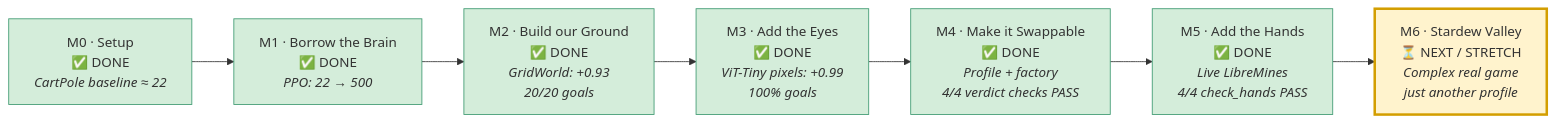
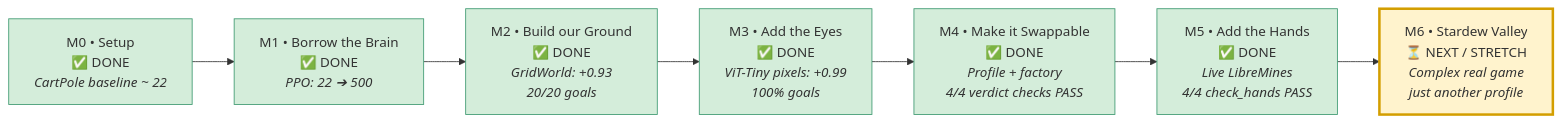
One commit to Showerss/GameTrainer changed the tenth of 10 diagrams in docs/UML_FULL.md. Above: the diagram before and after it, drawn with Mermaid. The commit also changed other lines of this file and 5 other files, not shown here.

````diff
--- a/docs/UML_FULL.md
+++ b/docs/UML_FULL.md
@@ -433,20 +645,20 @@
 ```mermaid
 flowchart LR
-    M0["M0 · Setup<br/>✅ DONE<br/><i>CartPole baseline ≈ 22</i>"]
-    M1["M1 · Borrow the Brain<br/>✅ DONE<br/><i>PPO: 22 → 500</i>"]
-    M2["M2 · Build our Ground<br/>✅ DONE<br/><i>GridWorld: +0.93<br/>20/20 goals</i>"]
-    M3["M3 · Add the Eyes<br/>✅ DONE<br/><i>ViT-Tiny pixels: +0.99<br/>100% goals</i>"]
-    M4["M4 · Make it Swappable<br/>✅ DONE<br/><i>Profile + factory<br/>4/4 verdict checks PASS</i>"]
-    M5["M5 · Add the Hands<br/>✅ DONE<br/><i>Live LibreMines<br/>4/4 check_hands PASS</i>"]
-    M6["M6 · Stardew Valley<br/>⏳ NEXT / STRETCH<br/><i>Complex real game<br/>just another profile</i>"]
+    M0["M0 • Setup<br/>✅ DONE<br/><i>CartPole baseline ~ 22</i>"]
+    M1["M1 • Borrow the Brain<br/>✅ DONE<br/><i>PPO: 22 ➔ 500</i>"]
+    M2["M2 • Build our Ground<br/>✅ DONE<br/><i>GridWorld: +0.93<br/>20/20 goals</i>"]
+    M3["M3 • Add the Eyes<br/>✅ DONE<br/><i>ViT-Tiny pixels: +0.99<br/>100% goals</i>"]
+    M4["M4 • Make it Swappable<br/>✅ DONE<br/><i>Profile + factory<br/>4/4 verdict checks PASS</i>"]
+    M5["M5 • Add the Hands<br/>✅ DONE<br/><i>Live LibreMines<br/>4/4 check_hands PASS</i>"]
+    M6["M6 • Stardew Valley<br/>⏳ NEXT / STRETCH<br/><i>Complex real game<br/>just another profile</i>"]
 
     M0 --> M1 --> M2 --> M3 --> M4 --> M5 --> M6
 
     style M0 fill:#d4edda,stroke:#3d9970
     style M1 fill:#d4edda,stroke:#3d9970
     style M2 fill:#d4edda,stroke:#3d9970
     style M3 fill:#d4edda,stroke:#3d9970
     style M4 fill:#d4edda,stroke:#3d9970
     style M5 fill:#d4edda,stroke:#3d9970
     style M6 fill:#fff3cd,stroke:#d39e00,stroke-width:3px
 ```
````
